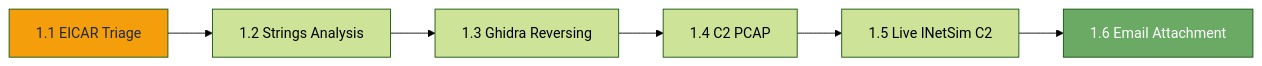
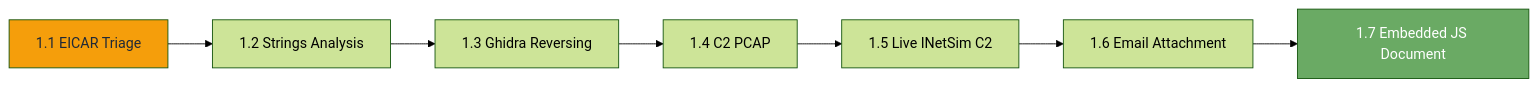
One commit to RobChaykoski/opencyberrange changed the diagram in Workbook/CH_MAL01_Malware_Fundamentals/00_Introduction.md. Above: the diagram before and after it, drawn with Mermaid (forest theme). The commit also changed other lines of this file and 176 other files, not shown here.

````diff
--- a/Workbook/CH_MAL01_Malware_Fundamentals/00_Introduction.md
+++ b/Workbook/CH_MAL01_Malware_Fundamentals/00_Introduction.md
@@ -73,10 +76,11 @@
 ```mermaid
 graph LR
     A["1.1 EICAR Triage"] --> B["1.2 Strings Analysis"]
     B --> C["1.3 Ghidra Reversing"]
     C --> D["1.4 C2 PCAP"]
     D --> E["1.5 Live INetSim C2"]
     E --> F["1.6 Email Attachment"]
+    F --> G["1.7 Embedded JS Document"]
     style A fill:#f59e0b,color:#1f2937
-    style F fill:#6aaa64,color:#fff
+    style G fill:#6aaa64,color:#fff
 ```
````
